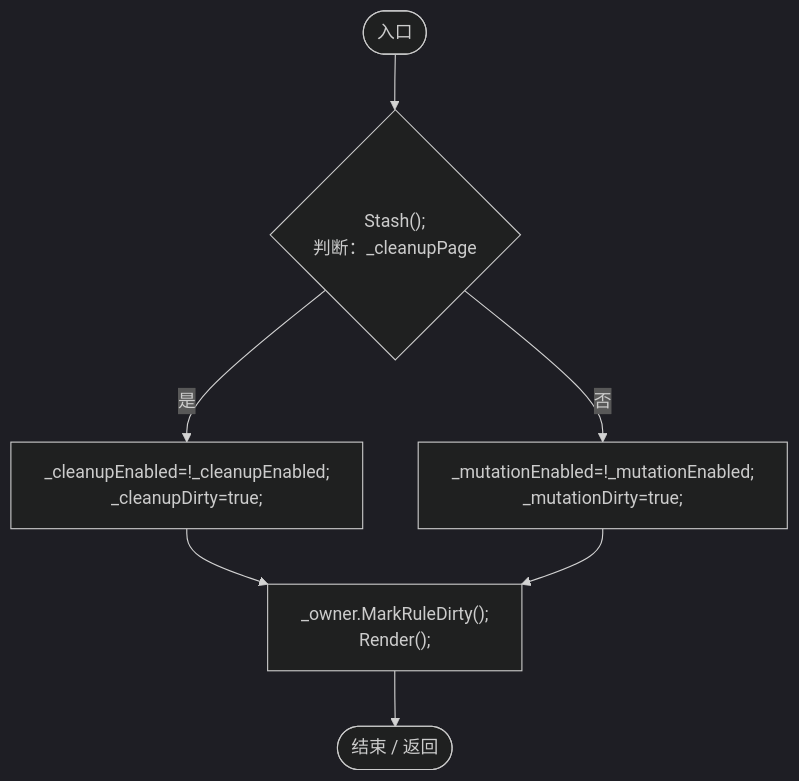
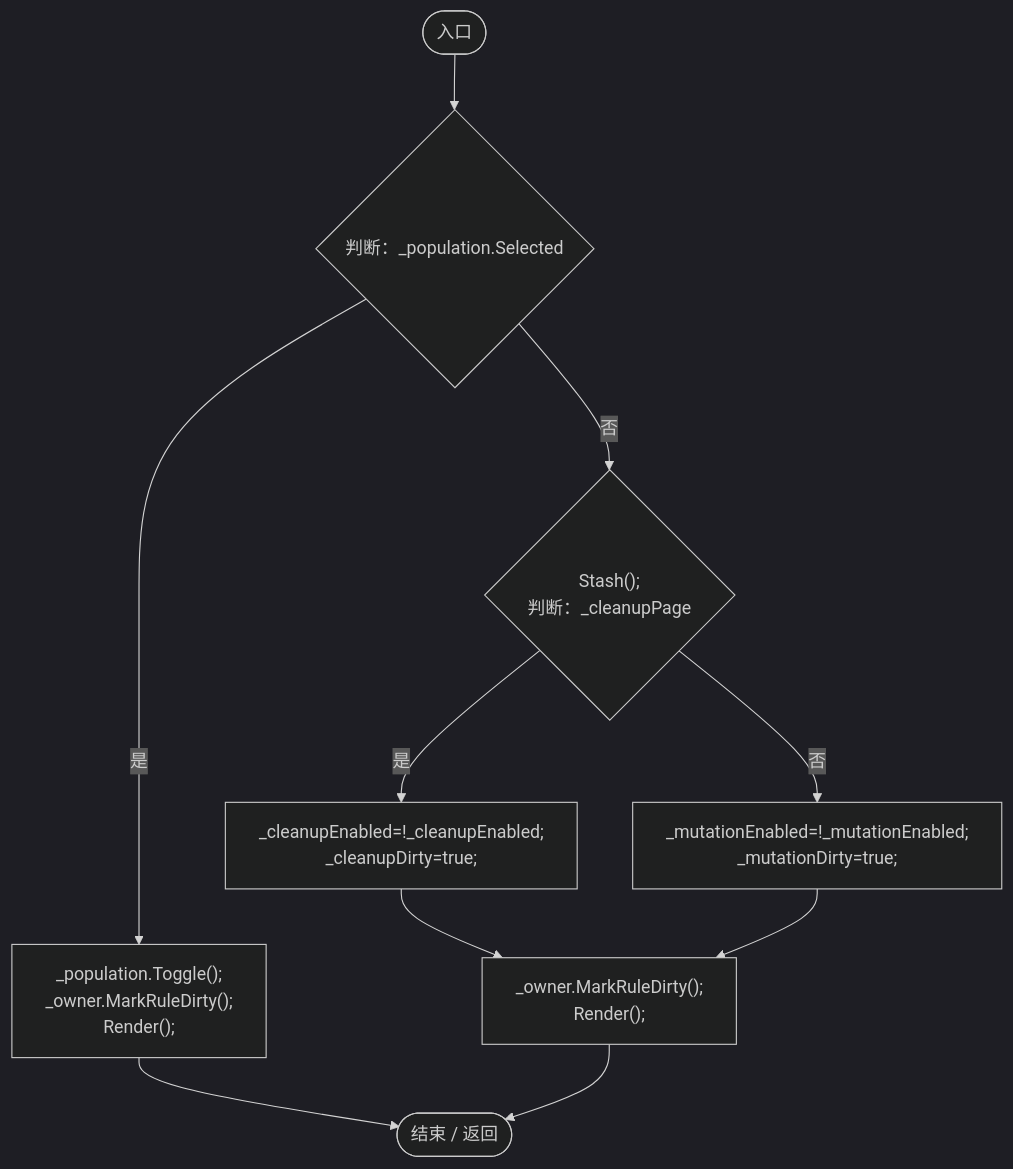
Before and after one commit to xhs6666/Darwin_paradise: diagram 19 of 26 in Docs/运行流程图/脚本/92d59cd12a5696c3.md, drawn with Mermaid (dark theme). The commit also changed other lines of this file and 114 other files, not shown here.

````diff
--- a/Docs/运行流程图/脚本/92d59cd12a5696c3.md
+++ b/Docs/运行流程图/脚本/92d59cd12a5696c3.md
@@ -432,16 +500,21 @@
 ```mermaid
 flowchart TD
   b0(["入口"])
-  b1{"Stash();<br/>判断：_cleanupPage"}
-  b2["_cleanupEnabled=!_cleanupEnabled;<br/>_cleanupDirty=true;"]
-  b3["_mutationEnabled=!_mutationEnabled;<br/>_mutationDirty=true;"]
-  b4["_owner.MarkRuleDirty();<br/>Render();"]
-  b5(["结束 / 返回"])
+  b1{"判断：_population.Selected"}
+  b2["_population.Toggle();<br/>_owner.MarkRuleDirty();<br/>Render();"]
+  b3{"Stash();<br/>判断：_cleanupPage"}
+  b4["_cleanupEnabled=!_cleanupEnabled;<br/>_cleanupDirty=true;"]
+  b5["_mutationEnabled=!_mutationEnabled;<br/>_mutationDirty=true;"]
+  b6["_owner.MarkRuleDirty();<br/>Render();"]
+  b7(["结束 / 返回"])
   b0 --> b1
   b1 -->|"是"| b2
   b1 -->|"否"| b3
-  b2 --> b4
-  b3 --> b4
-  b4 --> b5
+  b2 --> b7
+  b3 -->|"是"| b4
+  b3 -->|"否"| b5
+  b4 --> b6
+  b5 --> b6
+  b6 --> b7
 
 ```
````
